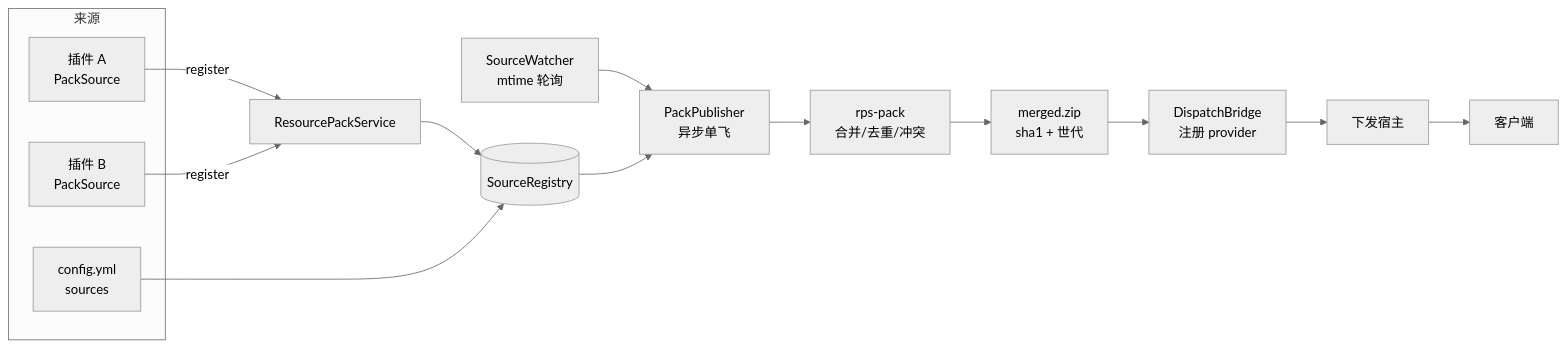
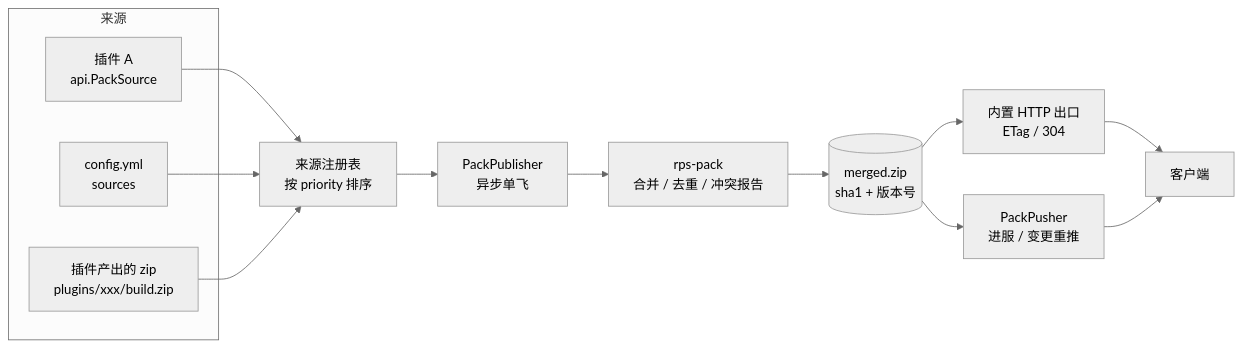
Before and after one commit to NekoMC-Official/Resource-Pack-Service: the diagram in README.md, drawn with Mermaid (neutral theme). The commit also changed other lines of this file and 58 other files, not shown here.

````diff
--- a/README.md
+++ b/README.md
@@ -26,21 +50,22 @@
 ```mermaid
 flowchart LR
     subgraph 来源
-        P1[插件 A<br/>PackSource]
-        P2[插件 B<br/>PackSource]
-        CFG[config.yml<br/>sources]
+        A[插件 A<br/>api.PackSource]
+        B[config.yml<br/>sources]
+        C[插件产出的 zip<br/>plugins/xxx/build.zip]
     end
+    R[来源注册表<br/>按 priority 排序]
+    P[PackPublisher<br/>异步单飞]
+    X[rps-pack<br/>合并 / 去重 / 冲突报告]
+    M[(merged.zip<br/>sha1 + 版本号)]
+    H[内置 HTTP 出口<br/>ETag / 304]
+    S[PackPusher<br/>进服 / 变更重推]
+    CL[客户端]
 
-    P1 -->|register| SVC[ResourcePackService]
-    P2 -->|register| SVC
-    SVC --> REG[(SourceRegistry)]
-    CFG --> REG
-    WATCH[SourceWatcher<br/>mtime 轮询] --> PUB
-
-    REG --> PUB[PackPublisher<br/>异步单飞]
-    PUB --> RUST[rps-pack<br/>合并/去重/冲突]
-    RUST --> OUT[merged.zip<br/>sha1 + 世代]
-    OUT --> BR[DispatchBridge<br/>注册 provider]
-    BR --> HOST[下发宿主]
-    HOST --> CLIENT[客户端]
+    A --> R
+    B --> R
+    C --> R
+    R --> P --> X --> M
+    M --> H --> CL
+    M --> S --> CL
 ```
````
